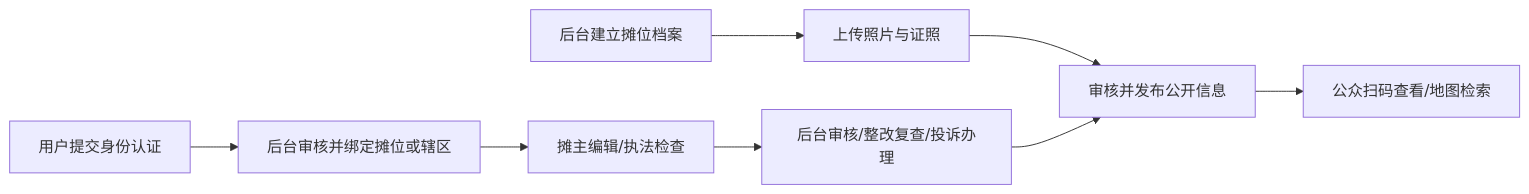
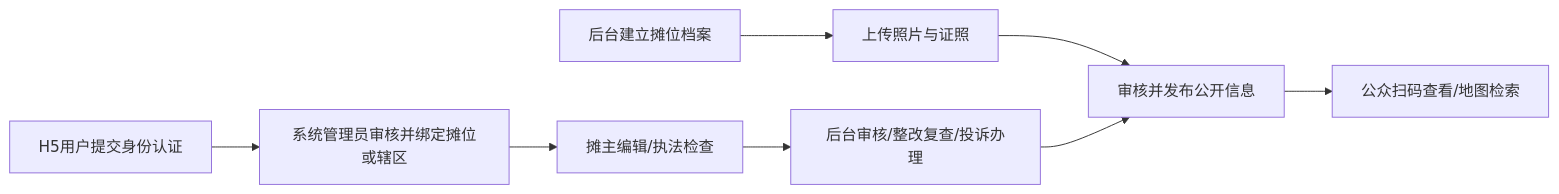
One commit to tangxiaochen755-droid/emattong-prototype changed the diagram in pc-admin-requirements-v2.md. Above: the diagram before and after it, drawn with Mermaid. The commit also changed other lines of this file and 3 other files, not shown here.

````diff
--- a/pc-admin-requirements-v2.md
+++ b/pc-admin-requirements-v2.md
@@ -43,10 +43,10 @@
 ```mermaid
 flowchart LR
     A[后台建立摊位档案] --> B[上传照片与证照]
     B --> C[审核并发布公开信息]
     C --> D[公众扫码查看/地图检索]
-    E[用户提交身份认证] --> F[后台审核并绑定摊位或辖区]
+    E[H5用户提交身份认证] --> F[系统管理员审核并绑定摊位或辖区]
     F --> G[摊主编辑/执法检查]
     G --> H[后台审核/整改复查/投诉办理]
     H --> C
 ```
````
